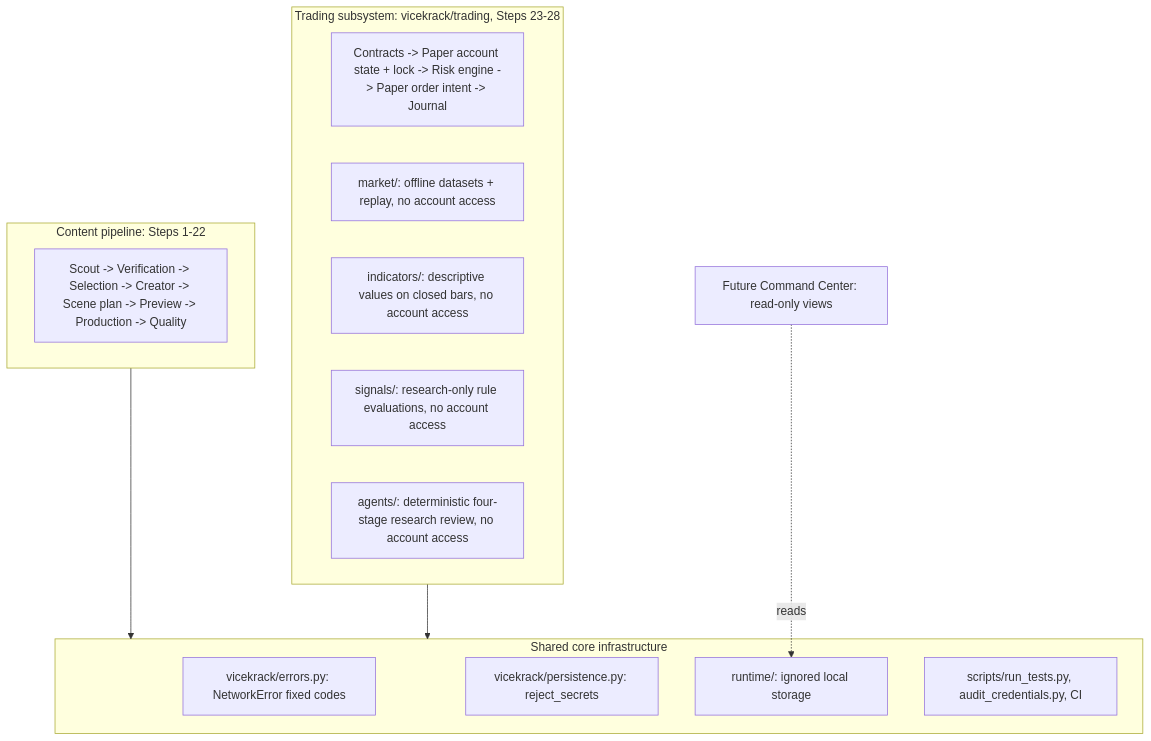
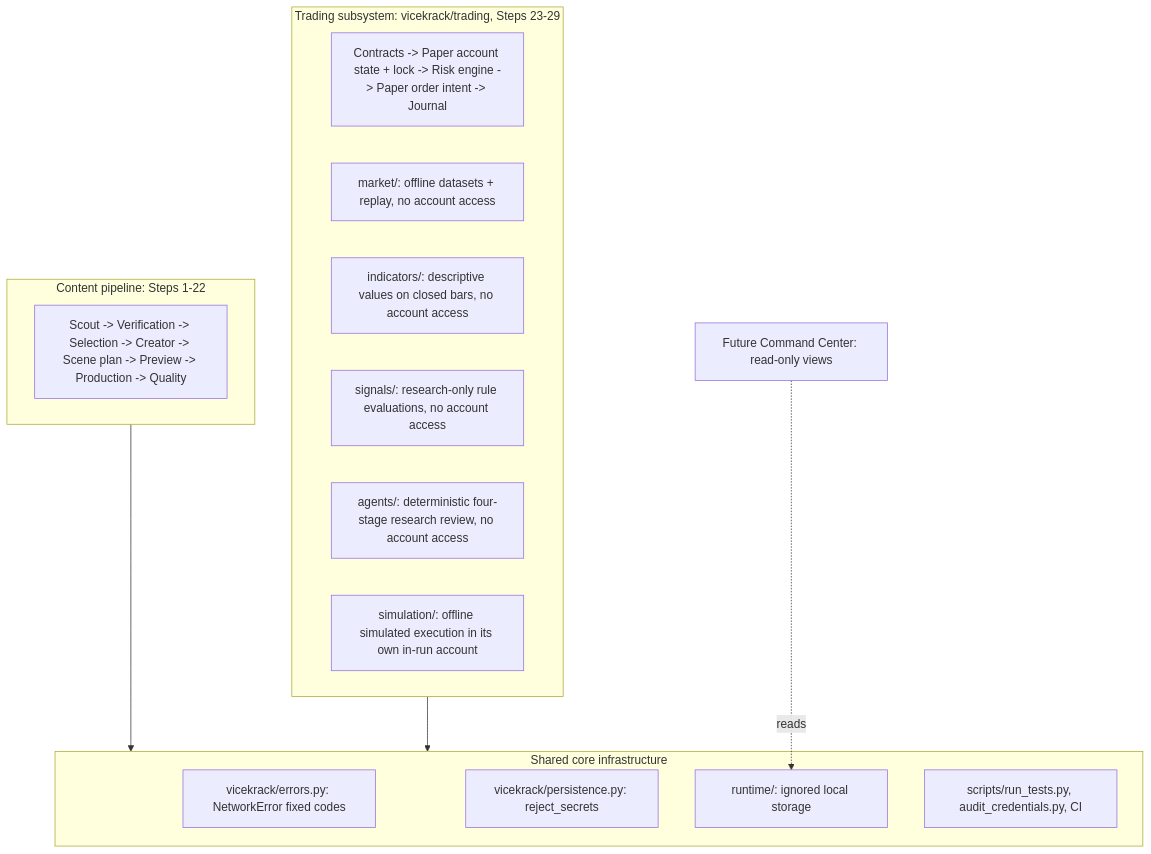
Before and after one commit to richburtonjr-pixel/-Vicekrack-agent-network: the diagram in docs/subsystems.md, drawn with Mermaid. The commit also changed other lines of this file and 20 other files, not shown here.

````diff
--- a/docs/subsystems.md
+++ b/docs/subsystems.md
@@ -6,23 +6,24 @@
 ```mermaid
 flowchart TB
     subgraph Core[Shared core infrastructure]
         E[vicekrack/errors.py: NetworkError fixed codes]
         P[vicekrack/persistence.py: reject_secrets]
         R[runtime/: ignored local storage]
         CI[scripts/run_tests.py, audit_credentials.py, CI]
     end
     subgraph Content[Content pipeline: Steps 1-22]
         C1[Scout -> Verification -> Selection -> Creator -> Scene plan -> Preview -> Production -> Quality]
     end
-    subgraph Trading[Trading subsystem: vicekrack/trading, Steps 23-28]
+    subgraph Trading[Trading subsystem: vicekrack/trading, Steps 23-29]
         T1[Contracts -> Paper account state + lock -> Risk engine -> Paper order intent -> Journal]
         T2[market/: offline datasets + replay, no account access]
         T3[indicators/: descriptive values on closed bars, no account access]
         T4[signals/: research-only rule evaluations, no account access]
         T5[agents/: deterministic four-stage research review, no account access]
+        T6[simulation/: offline simulated execution in its own in-run account]
     end
     CC[Future Command Center: read-only views]
     Content --> Core
     Trading --> Core
     CC -. reads .-> R
 ```
````
